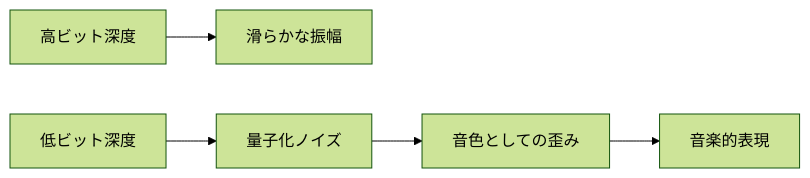
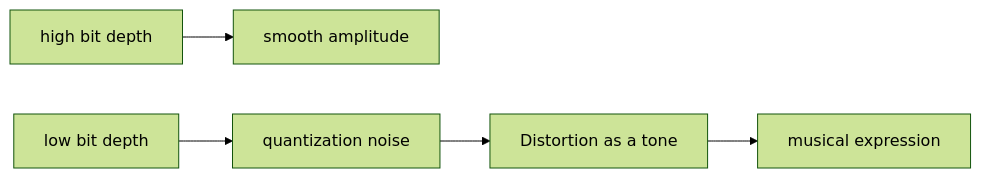
Before and after one commit to monumental-movement/monumental-movement.github.io: the second of 2 diagrams in en/_posts/2026-01-16-column-bit-crush-low-bit.md, drawn with Mermaid (forest theme). The commit also changed other lines of this file and 801 other files, not shown here.

```diff
--- a/en/_posts/2026-01-16-column-bit-crush-low-bit.md
+++ b/en/_posts/2026-01-16-column-bit-crush-low-bit.md
@@ -217,7 +218,7 @@
 <div class="mermaid">
 flowchart LR
-    A[高ビット深度] --> B[滑らかな振幅]
-    C[低ビット深度] --> D[量子化ノイズ]
-    D --> E[音色としての歪み]
-    E --> F[音楽的表現]
+    A[high bit depth] --> B[smooth amplitude]
+    C[low bit depth] --> D[quantization noise]
+    D --> E[Distortion as a tone]
+    E --> F[musical expression]
 </div>
```
